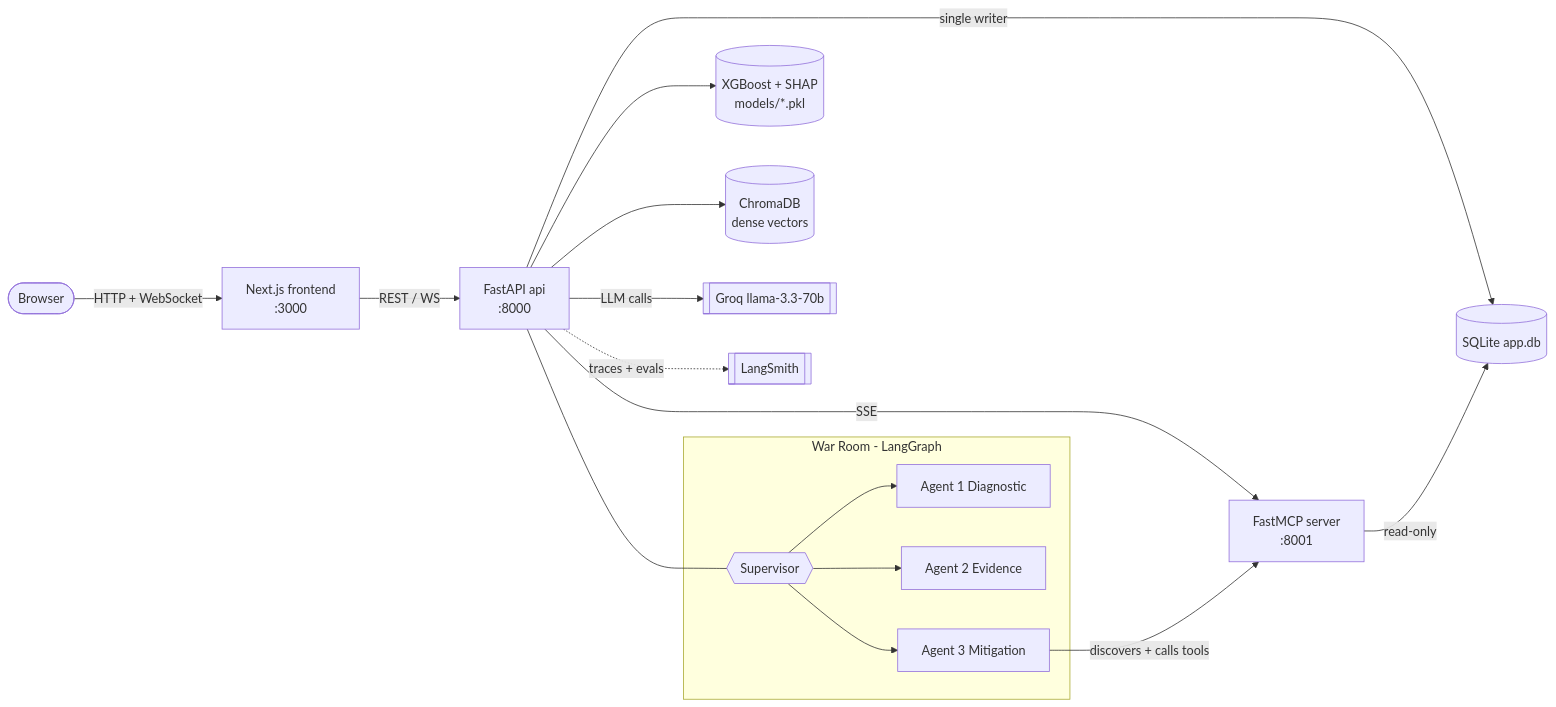
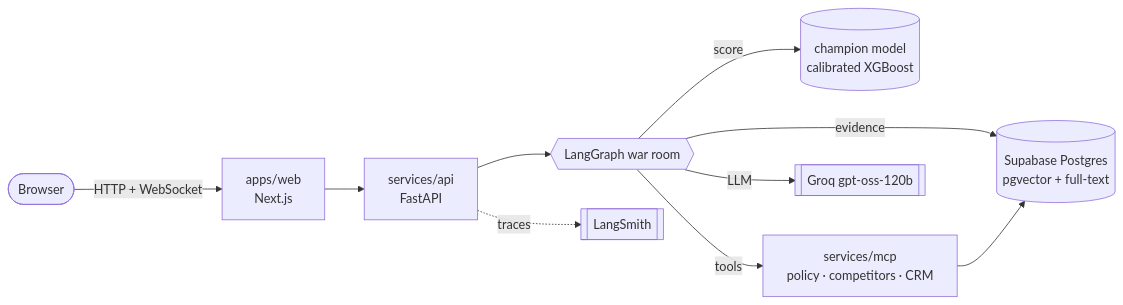
Before and after one commit to yuvaksc/churn-intelligence: the diagram in README.md, drawn with Mermaid. The commit also changed other lines of this file and 177 other files, not shown here.

Commit message:
v3: monorepo rebuild with Supabase, Vercel, LangSmith evals and hybrid RAG

````diff
--- a/README.md
+++ b/README.md
@@ -24,22 +19,12 @@
 ```mermaid
 flowchart LR
-    U([Browser]) -->|HTTP + WebSocket| FE[Next.js frontend<br/>:3000]
-    FE -->|REST / WS| API[FastAPI api<br/>:8000]
-
-    API -->|SSE| MCP[FastMCP server<br/>:8001]
-    API --> XGB[(XGBoost + SHAP<br/>models/*.pkl)]
-    API --> CH[(ChromaDB<br/>dense vectors)]
-    API -->|single writer| DB[(SQLite app.db)]
-    MCP -->|read-only| DB
-
-    API -->|LLM calls| GROQ[[Groq llama-3.3-70b]]
-    API -.->|traces + evals| LS[[LangSmith]]
-
-    subgraph WR ["War Room - LangGraph"]
-      SUP{{Supervisor}} --> AG1[Agent 1 Diagnostic]
-      SUP --> AG2[Agent 2 Evidence]
-      SUP --> AG3[Agent 3 Mitigation]
-    end
-    API --- SUP
-    AG3 -->|discovers + calls tools| MCP
+    U([Browser]) -->|HTTP + WebSocket| WEB[apps/web<br/>Next.js]
+    WEB --> API[services/api<br/>FastAPI]
+    API --> G{{LangGraph war room}}
+    G -->|score| ML[(champion model<br/>calibrated XGBoost)]
+    G -->|evidence| PG[(Supabase Postgres<br/>pgvector + full-text)]
+    G -->|tools| MCP[services/mcp<br/>policy · competitors · CRM]
+    MCP --> PG
+    G -->|LLM| GROQ[[Groq gpt-oss-120b]]
+    API -.->|traces| LS[[LangSmith]]
 ```
````
